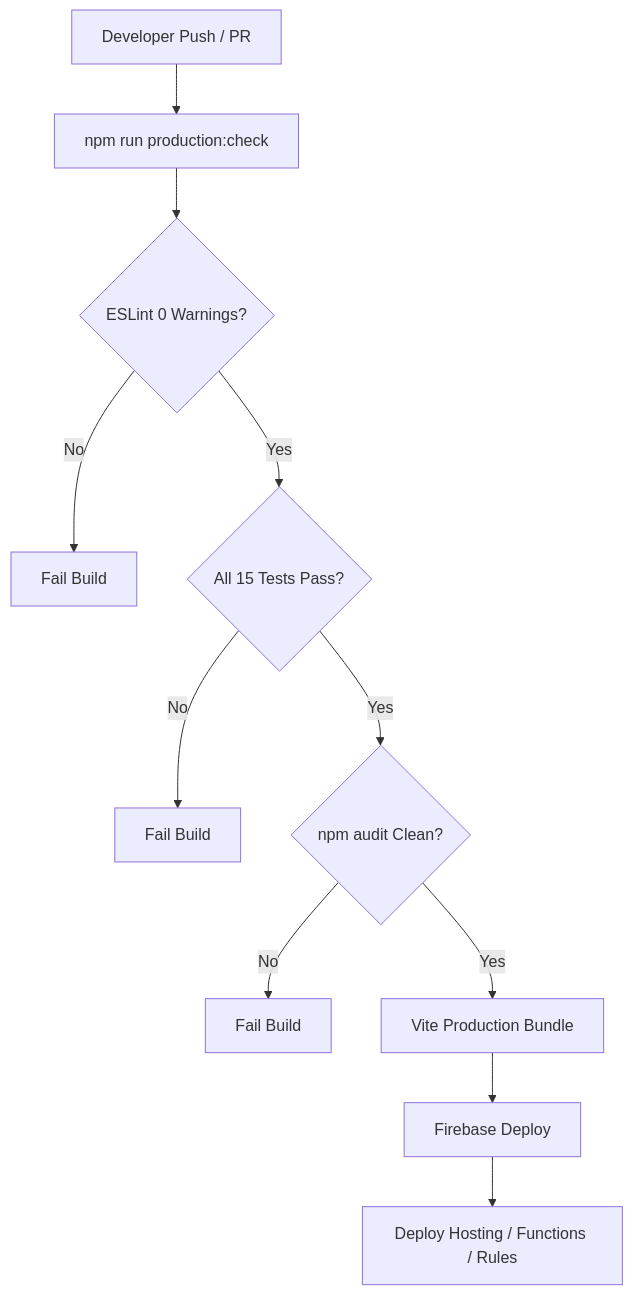
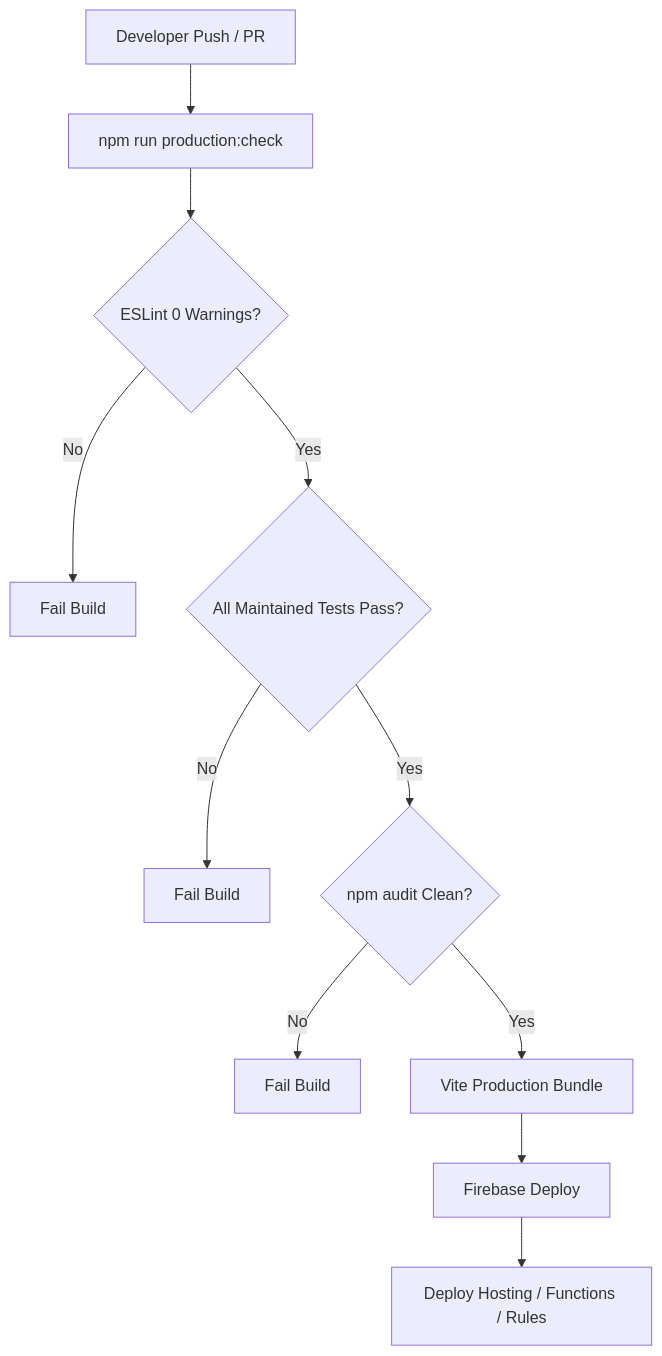
One commit to Thaiseva-Org/thaiseva-food-portal changed the diagram in docs/DEPLOYMENT.md. Above: the diagram before and after it, drawn with Mermaid. The commit also changed other lines of this file and 21 other files, not shown here.

````diff
--- a/docs/DEPLOYMENT.md
+++ b/docs/DEPLOYMENT.md
@@ -104,13 +104,13 @@
 ```mermaid
 graph TD
     A[Developer Push / PR] --> B[npm run production:check]
     B --> C{ESLint 0 Warnings?}
     C -->|No| F1[Fail Build]
-    C -->|Yes| D{All 15 Tests Pass?}
+    C -->|Yes| D{All Maintained Tests Pass?}
     D -->|No| F2[Fail Build]
     D -->|Yes| E{npm audit Clean?}
     E -->|No| F3[Fail Build]
     E -->|Yes| G[Vite Production Bundle]
     G --> H[Firebase Deploy]
     H --> I[Deploy Hosting / Functions / Rules]
 ```
````
